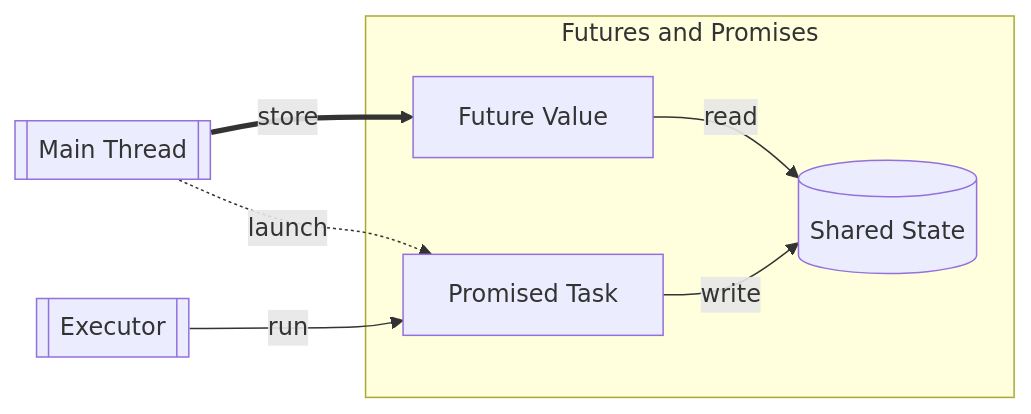
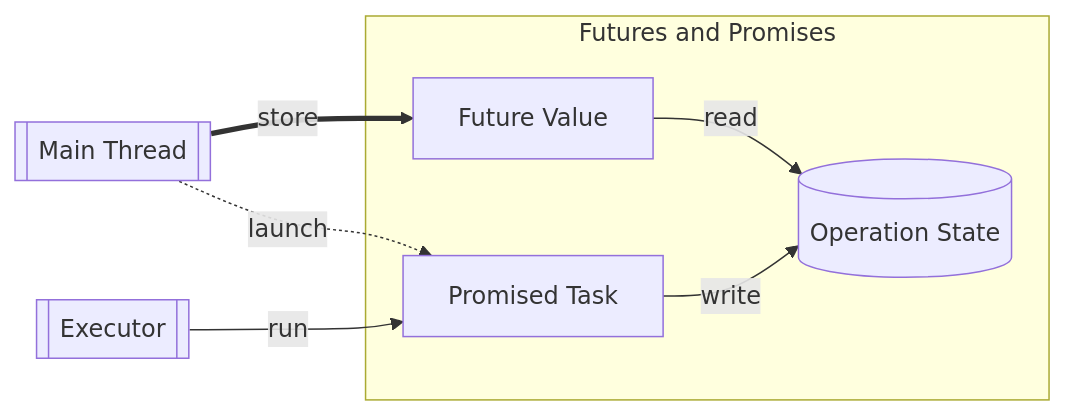
One commit to alandefreitas/futures changed the first of 6 diagrams in docs/futures/launching.md. Above: the diagram before and after it, drawn with Mermaid. The commit also changed other lines of this file and 33 other files, not shown here.

```diff
--- a/docs/futures/launching.md
+++ b/docs/futures/launching.md
@@ -11,10 +11,10 @@
 <div class="mermaid">
 graph LR
 M[[Main Thread]] ==> |store|F[Future Value]
 E[[Executor]] --> |run|T[Task]
 M -.-> |launch|T
 subgraph Futures and Promises
-F --> |read|S[(Shared State)]
+F --> |read|S[(Operation State)]
 T[Promised Task] --> |write|S
 end
 </div>
```
